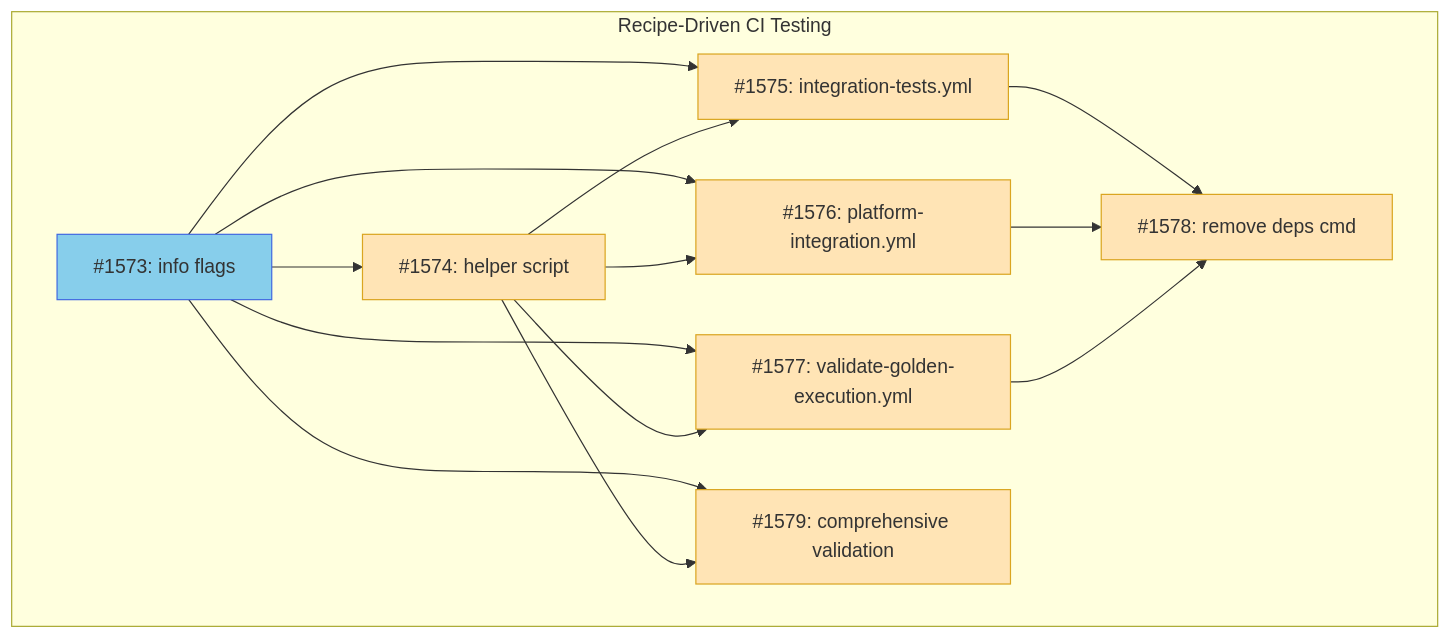
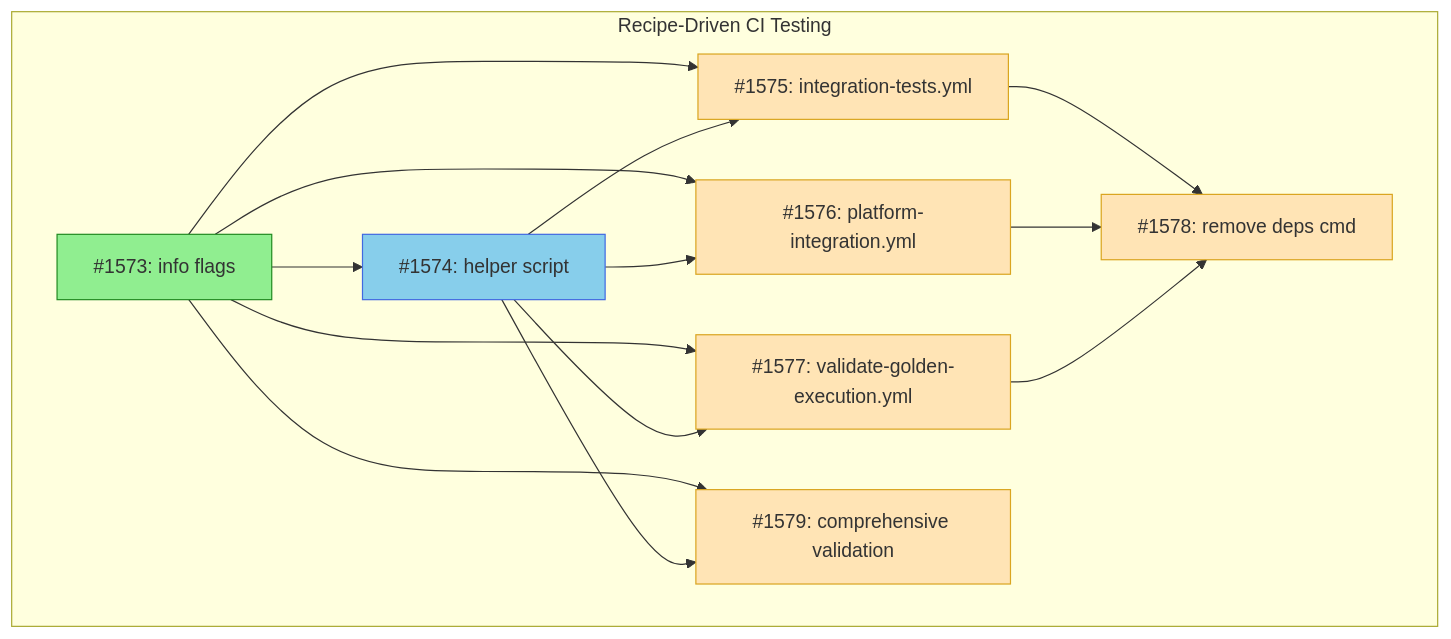
Before and after one commit to tsukumogami/tsuku: the diagram in docs/designs/DESIGN-recipe-driven-ci-testing.md, drawn with Mermaid. The commit also changed other lines of this file, not shown here.

````diff
--- a/docs/designs/DESIGN-recipe-driven-ci-testing.md
+++ b/docs/designs/DESIGN-recipe-driven-ci-testing.md
@@ -54,38 +54,38 @@
 ```mermaid
 graph TD
     subgraph Recipe-Driven CI Testing
         I1573[#1573: info flags]
         I1574[#1574: helper script]
         I1575[#1575: integration-tests.yml]
         I1576[#1576: platform-integration.yml]
         I1577[#1577: validate-golden-execution.yml]
         I1578[#1578: remove deps cmd]
         I1579[#1579: comprehensive validation]
     end
 
     I1573 --> I1574
     I1573 --> I1575
     I1573 --> I1576
     I1573 --> I1577
     I1573 --> I1579
     I1574 --> I1575
     I1574 --> I1576
     I1574 --> I1577
     I1574 --> I1579
     I1575 --> I1578
     I1576 --> I1578
     I1577 --> I1578
 
     classDef done fill:#90EE90,stroke:#228B22
     classDef ready fill:#87CEEB,stroke:#4169E1
     classDef blocked fill:#FFE4B5,stroke:#DAA520
     classDef needsDesign fill:#DDA0DD,stroke:#8B008B
 
-    class I1573 ready
-    class I1574 blocked
+    class I1573 done
+    class I1574 ready
     class I1575 blocked
     class I1576 blocked
     class I1577 blocked
     class I1578 blocked
     class I1579 blocked
 ```
````
